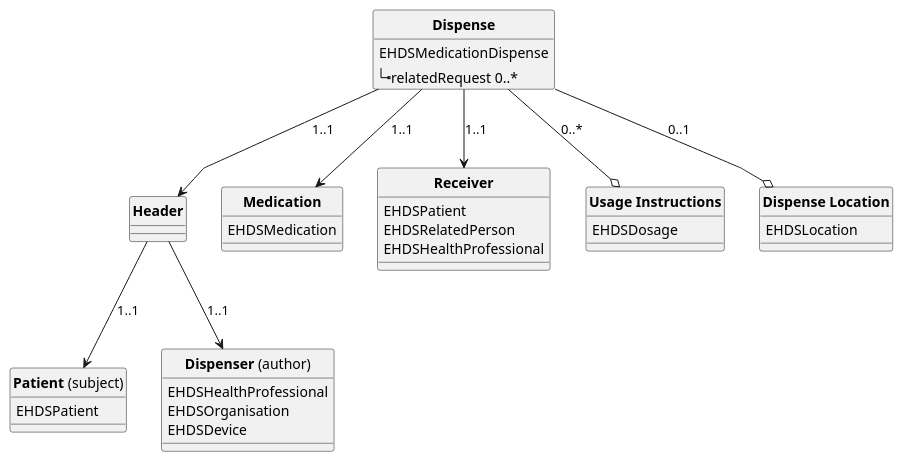
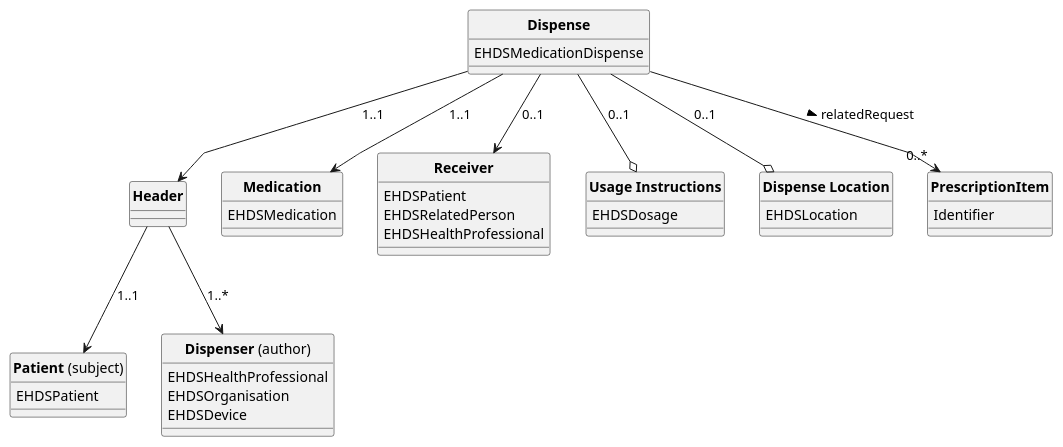
The diagram in input/images-source/dispense.plantuml (Xt-EHR/xt-ehr-common), drawn with PlantUML before and after one commit. The commit also changed 2 other files, not shown here.

```diff
--- a/input/images-source/dispense.plantuml
+++ b/input/images-source/dispense.plantuml
@@ -1,57 +1,61 @@
 @startuml
 skinparam linetype polyline
 hide circle
 hide stereotype
 
 
 class "**Dispense**" as eD{
   EHDSMedicationDispense
-  |_relatedRequest 0..*  
 }
 
 
 eD --> Header: "1..1"
 eD --> Medication: "1..1"
-eD --> Receiver: "1..1"
-eD --o Dosage: "0..*"
+eD --> Receiver: "0..1"
+eD --o Dosage: "0..1"
 eD --o Location: "0..1"
+eD --> "0..*" Prescription : relatedRequest >
 
 class "**Header**" as Header{
 
 }
 
 Header --> Patient: "1..1"
-Header --> Dispenser: "1..1"
+Header --> Dispenser: "1..*"
 
 
 class "**Dispenser** (author)" as Dispenser{
   EHDSHealthProfessional   
   EHDSOrganisation
   EHDSDevice
 }
 
 class "**Patient** (subject)" as Patient{
   EHDSPatient   
 
 }
 
 class "**Receiver**" as Receiver{ 
   EHDSPatient
   EHDSRelatedPerson
   EHDSHealthProfessional
 }
 
 class "**Dispense Location**" as Location{
   EHDSLocation   
 
 }
 class "**Usage Instructions**" as Dosage{
   EHDSDosage   
  
 }
 
 class "**Medication**" as Medication{
   EHDSMedication
  
 }
+
+class "**PrescriptionItem**" as Prescription{
+  Identifier
+}
 @enduml
```
